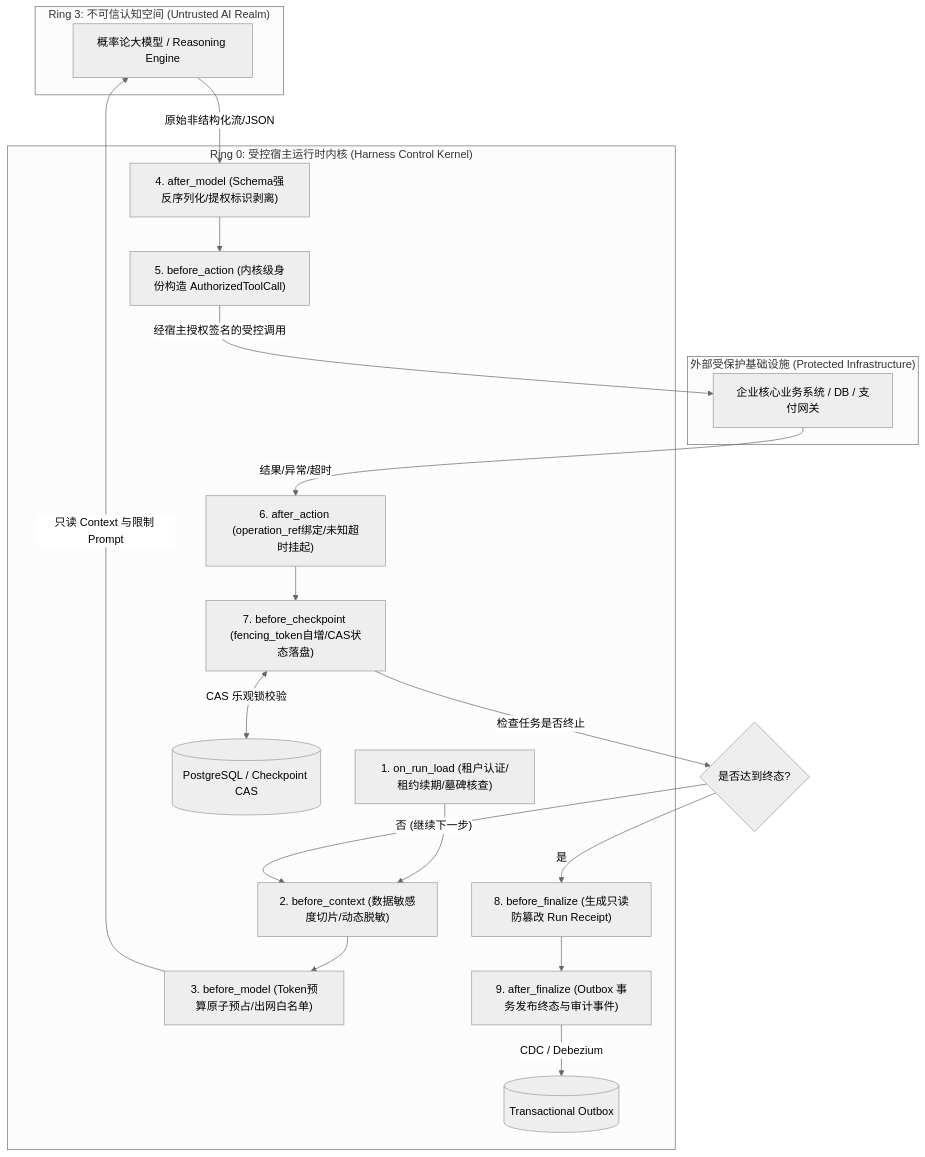
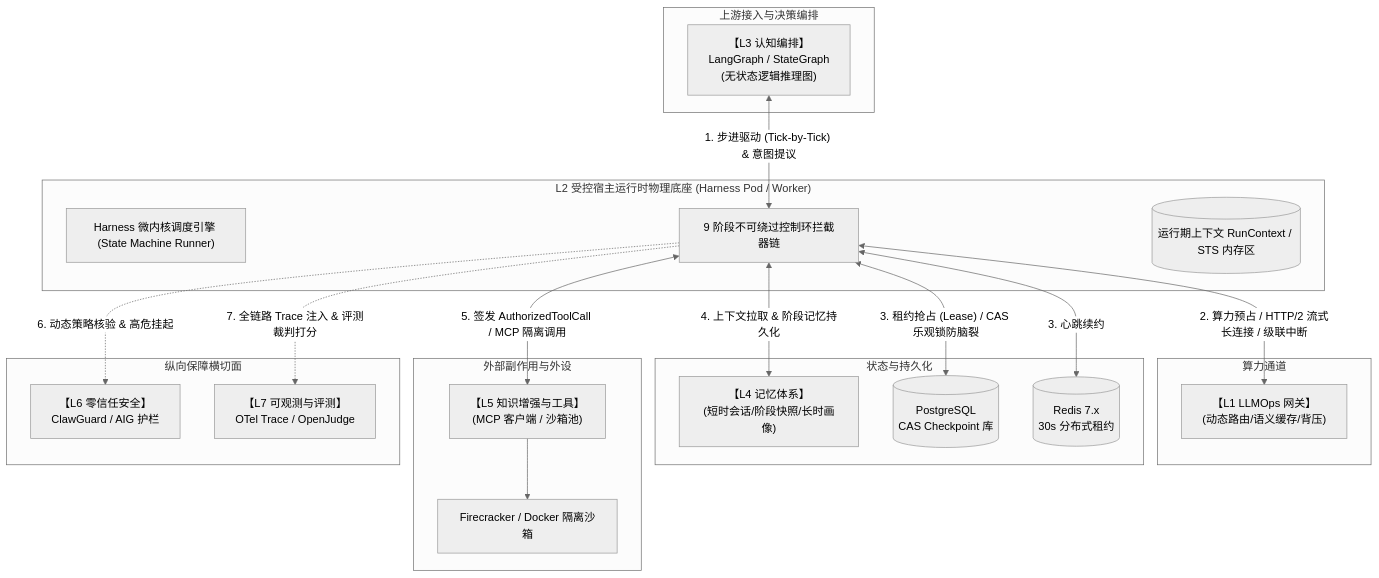
One commit to allenthinkingabu-hub/cogniva changed the first of 3 diagrams in doc/kb/agent/deep-dive/03-AI-Agent-L2-受控宿主运行时Harness与执行控制环深度架构与实战全景.md. Above: the diagram before and after it, drawn with Mermaid (neutral theme). The commit also changed other lines of this file and 1 other file, not shown here.

Commit message:
docs(kb): align L2 Harness 5 core mechanisms and inject deep-dive portal links

````diff
--- a/doc/kb/agent/deep-dive/03-AI-Agent-L2-受控宿主运行时Harness与执行控制环深度架构与实战全景.md
+++ b/doc/kb/agent/deep-dive/03-AI-Agent-L2-受控宿主运行时Harness与执行控制环深度架构与实战全景.md
@@ -113,40 +153,43 @@
 ```mermaid
 flowchart TD
-    subgraph Ring3 ["Ring 3: 不可信认知空间 (Untrusted AI Realm)"]
-        LLM["概率论大模型 / Reasoning Engine"]
+    subgraph HostRuntime ["L2 受控宿主运行时物理底座 (Harness Pod / Worker)"]
+        KernelCore["Harness 微内核调度引擎 (State Machine Runner)"]
+        ControlRing["9 阶段不可绕过控制环拦截器链"]
+        LocalContext[("运行期上下文 RunContext / STS 内存区")]
     end
 
-    subgraph Ring0 ["Ring 0: 受控宿主运行时内核 (Harness Control Kernel)"]
-        H1["1. on_run_load (租户认证/租约续期/墓碑核查)"]
-        H2["2. before_context (数据敏感度切片/动态脱敏)"]
-        H3["3. before_model (Token预算原子预占/出网白名单)"]
-        H4["4. after_model (Schema强反序列化/提权标识剥离)"]
-        H5["5. before_action (内核级身份构造 AuthorizedToolCall)"]
-        H6["6. after_action (operation_ref绑定/未知超时挂起)"]
-        H7["7. before_checkpoint (fencing_token自增/CAS状态落盘)"]
-        H8["8. before_finalize (生成只读防篡改 Run Receipt)"]
-        H9["9. after_finalize (Outbox 事务发布终态与审计事件)"]
-        
-        StateStore[("PostgreSQL / Checkpoint CAS")]
-        EventOutbox[("Transactional Outbox")]
+    subgraph Upstream ["上游接入与决策编排"]
+        L3["【L3 认知编排】<br/>LangGraph / StateGraph<br/>(无状态逻辑推理图)"]
     end
 
-    subgraph External ["外部受保护基础设施 (Protected Infrastructure)"]
-        Tools["企业核心业务系统 / DB / 支付网关"]
+    subgraph Compute ["算力通道"]
+        L1["【L1 LLMOps 网关】<br/>(动态路由/语义缓存/背压)"]
     end
 
-    %% 控制流
-    H1 --> H2 --> H3
-    H3 -->|"只读 Context 与限制 Prompt"| LLM
-    LLM -->|"原始非结构化流/JSON"| H4
-    H4 --> H5
-    H5 -->|"经宿主授权签名的受控调用"| Tools
-    Tools -->|"结果/异常/超时"| H6
-    H6 --> H7
-    H7 <-->|"CAS 乐观锁校验"| StateStore
-    H7 -->|"检查任务是否终止"| DoneCheck{"是否达到终态?"}
-    DoneCheck -->|"否 (继续下一步)"| H2
-    DoneCheck -->|"是"| H8
-    H8 --> H9
-    H9 -->|"CDC / Debezium"| EventOutbox
+    subgraph MemoryStorage ["状态与持久化"]
+        L4["【L4 记忆体系】<br/>(短时会话/阶段快照/长时画像)"]
+        StateDB[("PostgreSQL<br/>CAS Checkpoint 库")]
+        RedisLease[("Redis 7.x<br/>30s 分布式租约")]
+    end
+
+    subgraph ExternalExecution ["外部副作用与外设"]
+        L5["【L5 知识增强与工具】<br/>(MCP 客户端 / 沙箱池)"]
+        Sandbox["Firecracker / Docker 隔离沙箱"]
+    end
+
+    subgraph CrossCutting ["纵向保障横切面"]
+        L6["【L6 零信任安全】<br/>ClawGuard / AIG 护栏"]
+        L7["【L7 可观测与评测】<br/>OTel Trace / OpenJudge"]
+    end
+
+    %% 组件间交互契约
+    L3 <-->|"1. 步进驱动 (Tick-by-Tick) & 意图提议"| ControlRing
+    ControlRing <-->|"2. 算力预占 / HTTP/2 流式长连接 / 级联中断"| L1
+    ControlRing <-->|"3. 租约抢占 (Lease) / CAS 乐观锁防脑裂"| StateDB
+    ControlRing <-->|"3. 心跳续约"| RedisLease
+    ControlRing <-->|"4. 上下文拉取 & 阶段记忆持久化"| L4
+    ControlRing <-->|"5. 签发 AuthorizedToolCall / MCP 隔离调用"| L5
+    L5 --> Sandbox
+    ControlRing -.->|"6. 动态策略核验 & 高危挂起"| L6
+    ControlRing -.->|"7. 全链路 Trace 注入 & 评测裁判打分"| L7
 ```
````
